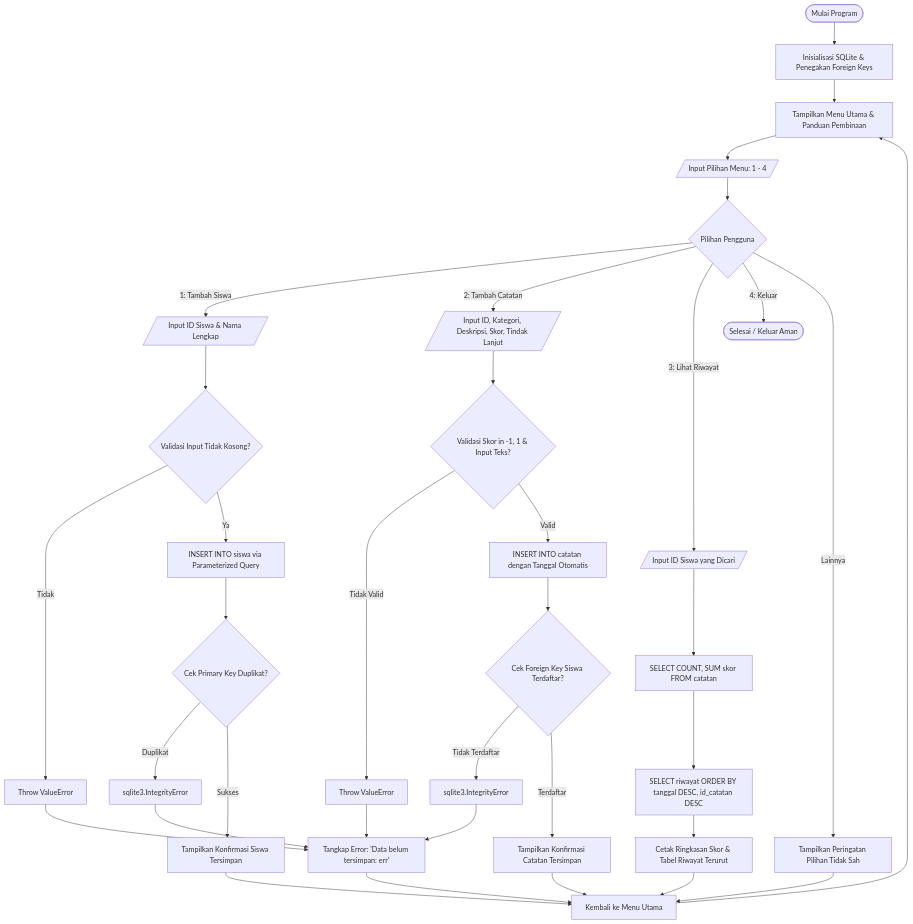
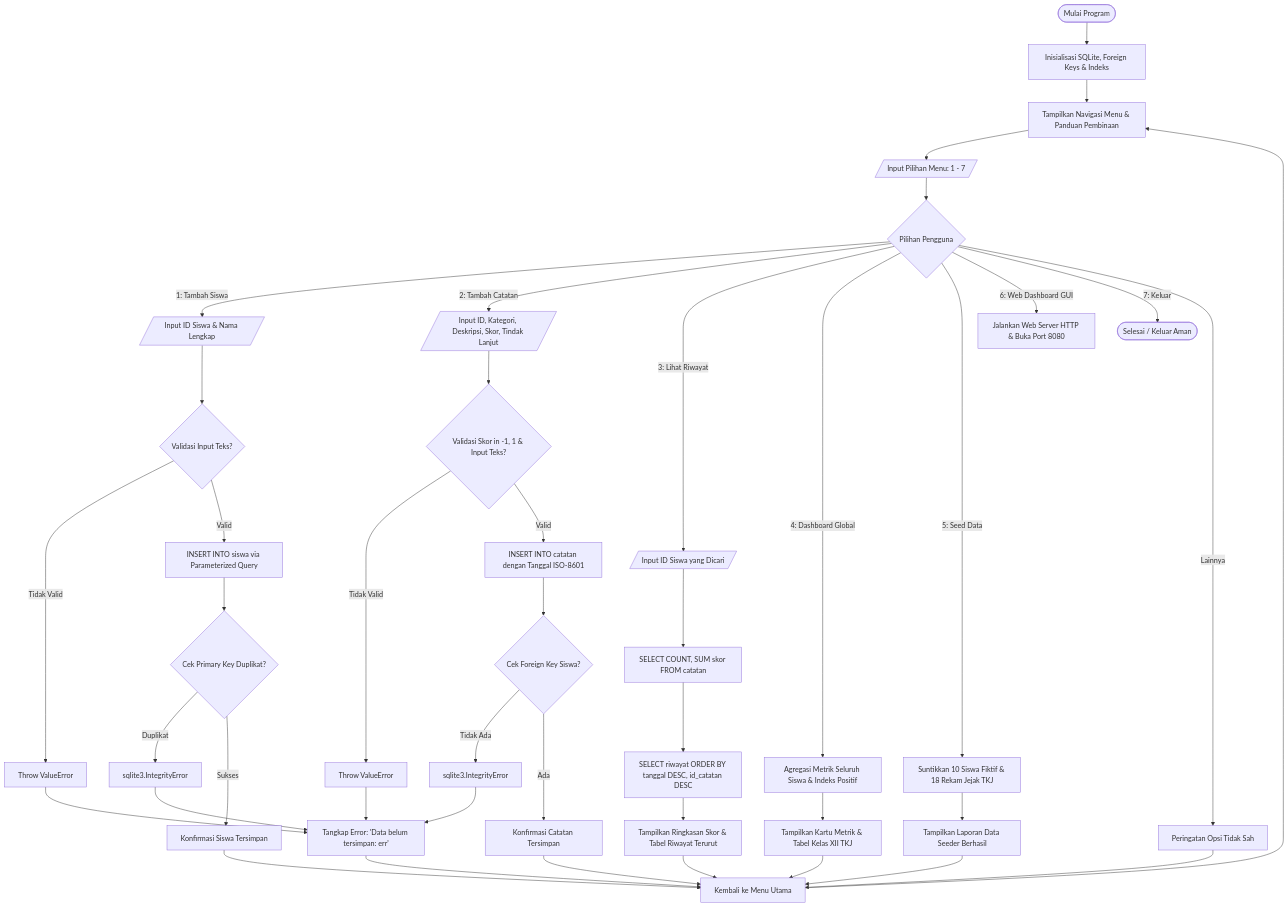
The first of 2 diagrams in README.md (zorafaizz/monitoring-akhlak-siswa-tkj), drawn with Mermaid before and after one commit. The commit also changed other lines of this file and 3 other files, not shown here.

Commit message:
feat: upgrade ui/ux terminal dashboard & web gui, database seeder, global stats

````diff
--- a/README.md
+++ b/README.md
@@ -31,44 +36,54 @@
 ```mermaid
 flowchart TD
-    Start([Mulai Program]) --> InitDB[Inisialisasi SQLite & Penegakan Foreign Keys]
-    InitDB --> ShowMenu[Tampilkan Menu Utama & Panduan Pembinaan]
-    ShowMenu --> ReadInput[/Input Pilihan Menu: 1 - 4/]
+    Start([Mulai Program]) --> InitDB[Inisialisasi SQLite, Foreign Keys & Indeks]
+    InitDB --> ShowMenu[Tampilkan Navigasi Menu & Panduan Pembinaan]
+    ShowMenu --> ReadInput[/Input Pilihan Menu: 1 - 7/]
     
     ReadInput --> CondMenu{Pilihan Pengguna}
     
     CondMenu -- "1: Tambah Siswa" --> FormSiswa[/Input ID Siswa & Nama Lengkap/]
-    FormSiswa --> ValSiswa{Validasi Input Tidak Kosong?}
-    ValSiswa -- Tidak --> ErrSiswa[Throw ValueError]
-    ValSiswa -- Ya --> SQLSiswa[INSERT INTO siswa via Parameterized Query]
+    FormSiswa --> ValSiswa{Validasi Input Teks?}
+    ValSiswa -- Tidak Valid --> ErrSiswa[Throw ValueError]
+    ValSiswa -- Valid --> SQLSiswa[INSERT INTO siswa via Parameterized Query]
     SQLSiswa --> CatchSiswa{Cek Primary Key Duplikat?}
     CatchSiswa -- Duplikat --> ErrIntegrity1[sqlite3.IntegrityError]
-    CatchSiswa -- Sukses --> SuccessSiswa[Tampilkan Konfirmasi Siswa Tersimpan]
+    CatchSiswa -- Sukses --> SuccessSiswa[Konfirmasi Siswa Tersimpan]
     
     CondMenu -- "2: Tambah Catatan" --> FormCatatan[/Input ID, Kategori, Deskripsi, Skor, Tindak Lanjut/]
     FormCatatan --> ValCatatan{Validasi Skor in -1, 1 & Input Teks?}
     ValCatatan -- Tidak Valid --> ErrCatatan[Throw ValueError]
-    ValCatatan -- Valid --> SQLCatatan[INSERT INTO catatan dengan Tanggal Otomatis]
-    SQLCatatan --> CatchFK{Cek Foreign Key Siswa Terdaftar?}
-    CatchFK -- Tidak Terdaftar --> ErrIntegrity2[sqlite3.IntegrityError]
-    CatchFK -- Terdaftar --> SuccessCatatan[Tampilkan Konfirmasi Catatan Tersimpan]
+    ValCatatan -- Valid --> SQLCatatan[INSERT INTO catatan dengan Tanggal ISO-8601]
+    SQLCatatan --> CatchFK{Cek Foreign Key Siswa?}
+    CatchFK -- Tidak Ada --> ErrIntegrity2[sqlite3.IntegrityError]
+    CatchFK -- Ada --> SuccessCatatan[Konfirmasi Catatan Tersimpan]
     
     CondMenu -- "3: Lihat Riwayat" --> FormSearch[/Input ID Siswa yang Dicari/]
     FormSearch --> QuerySummary[SELECT COUNT, SUM skor FROM catatan]
     QuerySummary --> QueryRiwayat[SELECT riwayat ORDER BY tanggal DESC, id_catatan DESC]
-    QueryRiwayat --> DisplayResult[Cetak Ringkasan Skor & Tabel Riwayat Terurut]
+    QueryRiwayat --> DisplayResult[Tampilkan Ringkasan Skor & Tabel Riwayat Terurut]
     
-    CondMenu -- "4: Keluar" --> Finish([Selesai / Keluar Aman])
-    CondMenu -- "Lainnya" --> InvalidMenu[Tampilkan Peringatan Pilihan Tidak Sah]
+    CondMenu -- "4: Dashboard Global" --> QueryStats[Agregasi Metrik Seluruh Siswa & Indeks Positif]
+    QueryStats --> DisplayDashboard[Tampilkan Kartu Metrik & Tabel Kelas XII TKJ]
+    
+    CondMenu -- "5: Seed Data" --> SeedAction[Suntikkan 10 Siswa Fiktif & 18 Rekam Jejak TKJ]
+    SeedAction --> DisplaySeed[Tampilkan Laporan Data Seeder Berhasil]
+    
+    CondMenu -- "6: Web Dashboard GUI" --> LaunchWeb[Jalankan Web Server HTTP & Buka Port 8080]
+    
+    CondMenu -- "7: Keluar" --> Finish([Selesai / Keluar Aman])
+    CondMenu -- "Lainnya" --> InvalidMenu[Peringatan Opsi Tidak Sah]
     
     ErrSiswa --> SafeErrorHandler[Tangkap Error: 'Data belum tersimpan: err']
     ErrIntegrity1 --> SafeErrorHandler
     ErrCatatan --> SafeErrorHandler
     ErrIntegrity2 --> SafeErrorHandler
     
     SuccessSiswa --> LoopBack[Kembali ke Menu Utama]
     SuccessCatatan --> LoopBack
     DisplayResult --> LoopBack
+    DisplayDashboard --> LoopBack
+    DisplaySeed --> LoopBack
     InvalidMenu --> LoopBack
     SafeErrorHandler --> LoopBack
     LoopBack --> ShowMenu
 ```
````
